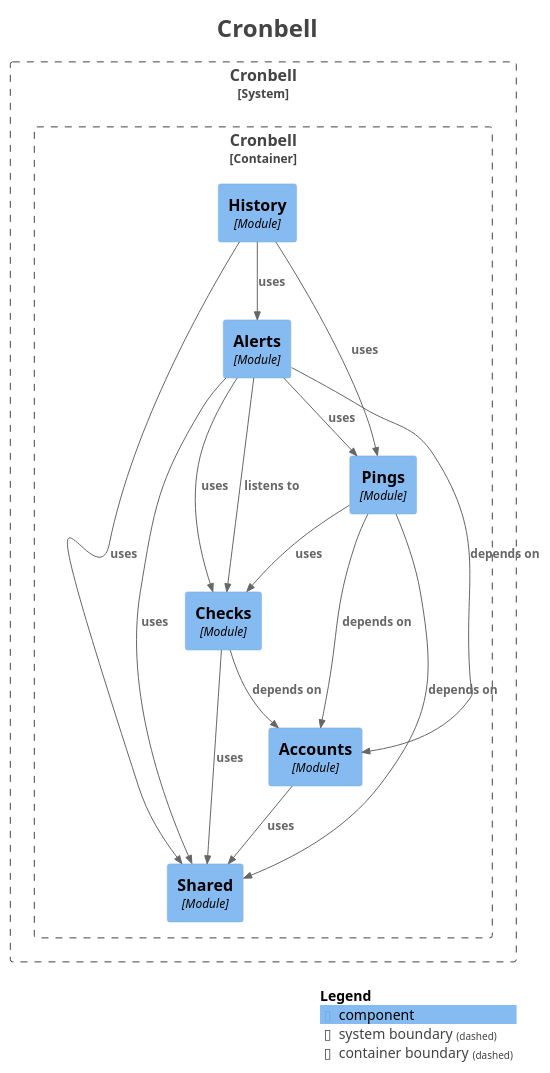
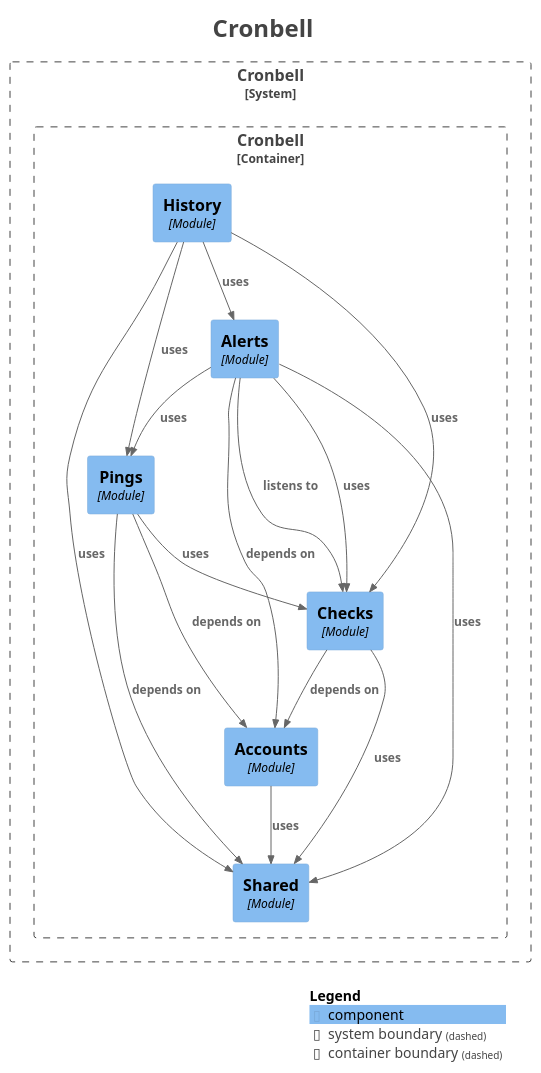
One commit to steelreed/cronbell changed the diagram in docs/architecture/components.puml. Above: the diagram before and after it, drawn with PlantUML. The commit also changed 34 other files, not shown here.

```diff
--- a/docs/architecture/components.puml
+++ b/docs/architecture/components.puml
@@ -1,47 +1,48 @@
 @startuml
 title <size:24>Cronbell</size>
 
 set separator none
 top to bottom direction
 
 <style>
   root {
     BackgroundColor: #ffffff
     FontColor: #444444
   }
 </style>
 
 !include <C4/C4>
 !include <C4/C4_Context>
 !include <C4/C4_Component>
 
 System_Boundary("Cronbell_boundary", "Cronbell", $tags="") {
   Container_Boundary("Cronbell.Cronbell_boundary", "Cronbell", $tags="") {
     Component(Cronbell.Cronbell.Shared, "Shared", $techn="Module", $descr="", $tags="", $link="")
     Component(Cronbell.Cronbell.Accounts, "Accounts", $techn="Module", $descr="", $tags="", $link="")
     Component(Cronbell.Cronbell.Checks, "Checks", $techn="Module", $descr="", $tags="", $link="")
     Component(Cronbell.Cronbell.Pings, "Pings", $techn="Module", $descr="", $tags="", $link="")
     Component(Cronbell.Cronbell.Alerts, "Alerts", $techn="Module", $descr="", $tags="", $link="")
     Component(Cronbell.Cronbell.History, "History", $techn="Module", $descr="", $tags="", $link="")
   }
 
 }
 
-Rel(Cronbell.Cronbell.History, Cronbell.Cronbell.Pings, "uses", $techn="", $tags="", $link="")
-Rel(Cronbell.Cronbell.History, Cronbell.Cronbell.Alerts, "uses", $techn="", $tags="", $link="")
-Rel(Cronbell.Cronbell.History, Cronbell.Cronbell.Shared, "uses", $techn="", $tags="", $link="")
-Rel(Cronbell.Cronbell.Alerts, Cronbell.Cronbell.Checks, "listens to", $techn="", $tags="", $link="")
 Rel(Cronbell.Cronbell.Alerts, Cronbell.Cronbell.Accounts, "depends on", $techn="", $tags="", $link="")
 Rel(Cronbell.Cronbell.Alerts, Cronbell.Cronbell.Checks, "uses", $techn="", $tags="", $link="")
 Rel(Cronbell.Cronbell.Alerts, Cronbell.Cronbell.Pings, "uses", $techn="", $tags="", $link="")
 Rel(Cronbell.Cronbell.Alerts, Cronbell.Cronbell.Shared, "uses", $techn="", $tags="", $link="")
+Rel(Cronbell.Cronbell.Accounts, Cronbell.Cronbell.Shared, "uses", $techn="", $tags="", $link="")
 Rel(Cronbell.Cronbell.Pings, Cronbell.Cronbell.Shared, "depends on", $techn="", $tags="", $link="")
 Rel(Cronbell.Cronbell.Pings, Cronbell.Cronbell.Accounts, "depends on", $techn="", $tags="", $link="")
 Rel(Cronbell.Cronbell.Pings, Cronbell.Cronbell.Checks, "uses", $techn="", $tags="", $link="")
 Rel(Cronbell.Cronbell.Checks, Cronbell.Cronbell.Accounts, "depends on", $techn="", $tags="", $link="")
 Rel(Cronbell.Cronbell.Checks, Cronbell.Cronbell.Shared, "uses", $techn="", $tags="", $link="")
-Rel(Cronbell.Cronbell.Accounts, Cronbell.Cronbell.Shared, "uses", $techn="", $tags="", $link="")
+Rel(Cronbell.Cronbell.History, Cronbell.Cronbell.Pings, "uses", $techn="", $tags="", $link="")
+Rel(Cronbell.Cronbell.History, Cronbell.Cronbell.Checks, "uses", $techn="", $tags="", $link="")
+Rel(Cronbell.Cronbell.History, Cronbell.Cronbell.Alerts, "uses", $techn="", $tags="", $link="")
+Rel(Cronbell.Cronbell.History, Cronbell.Cronbell.Shared, "uses", $techn="", $tags="", $link="")
+Rel(Cronbell.Cronbell.Alerts, Cronbell.Cronbell.Checks, "listens to", $techn="", $tags="", $link="")
 
 SHOW_LEGEND(true)
 hide stereotypes
 @enduml
```
